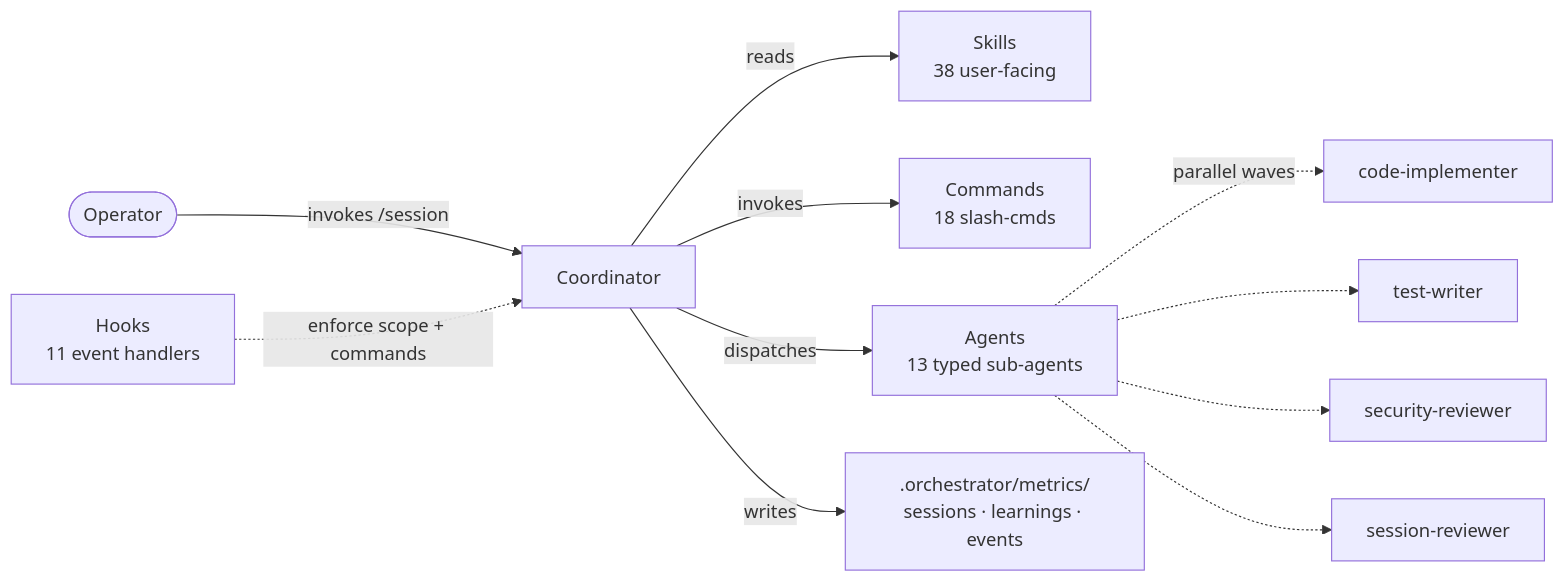
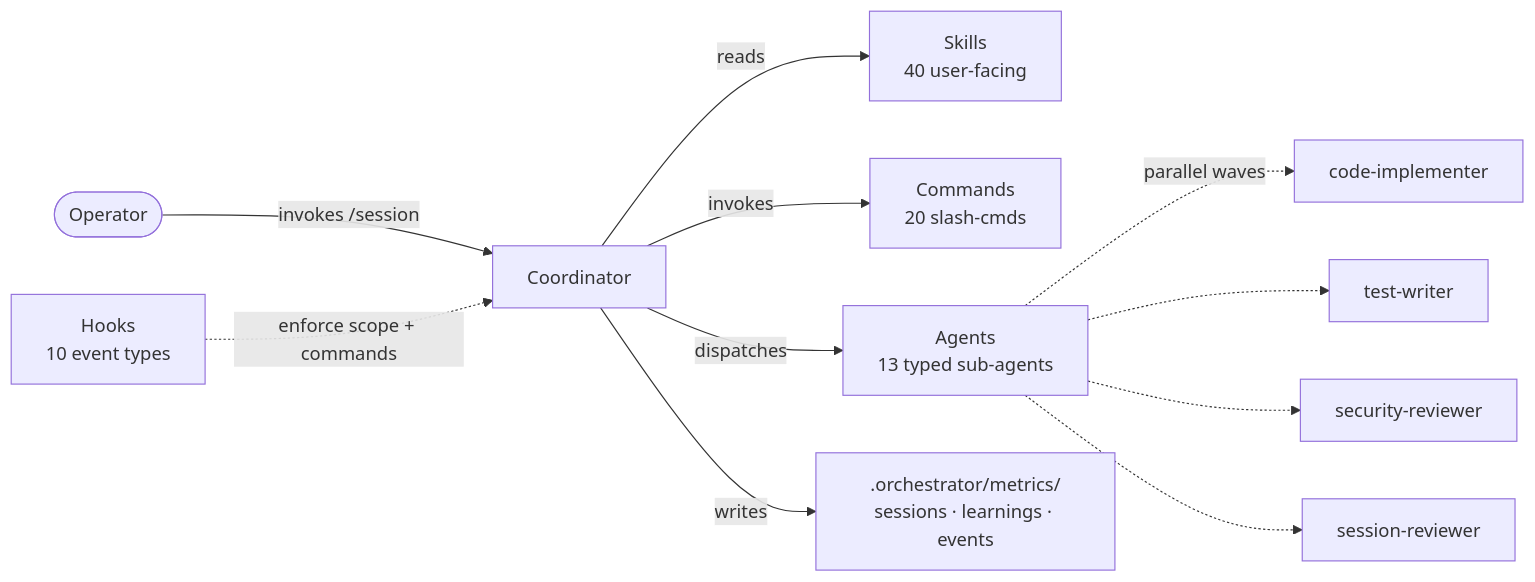
The third of 3 diagrams in README.md (Kanevry/session-orchestrator), drawn with Mermaid before and after one commit. The commit also changed other lines of this file and 1 other file, not shown here.

````diff
--- a/README.md
+++ b/README.md
@@ -177,13 +195,13 @@
 ```mermaid
 flowchart LR
     USER([Operator]) -->|invokes /session| COORD[Coordinator]
-    COORD -->|reads| SK[Skills<br/>38 user-facing]
-    COORD -->|invokes| CMD[Commands<br/>18 slash-cmds]
+    COORD -->|reads| SK[Skills<br/>40 user-facing]
+    COORD -->|invokes| CMD[Commands<br/>20 slash-cmds]
     COORD -->|dispatches| AG[Agents<br/>13 typed sub-agents]
     AG -.->|parallel waves| W1[code-implementer]
     AG -.-> W2[test-writer]
     AG -.-> W3[security-reviewer]
     AG -.-> W4[session-reviewer]
-    HOOK[Hooks<br/>11 event handlers] -.->|enforce scope + commands| COORD
+    HOOK[Hooks<br/>10 event types] -.->|enforce scope + commands| COORD
     COORD -->|writes| METRIC[.orchestrator/metrics/<br/>sessions · learnings · events]
 ```
````
